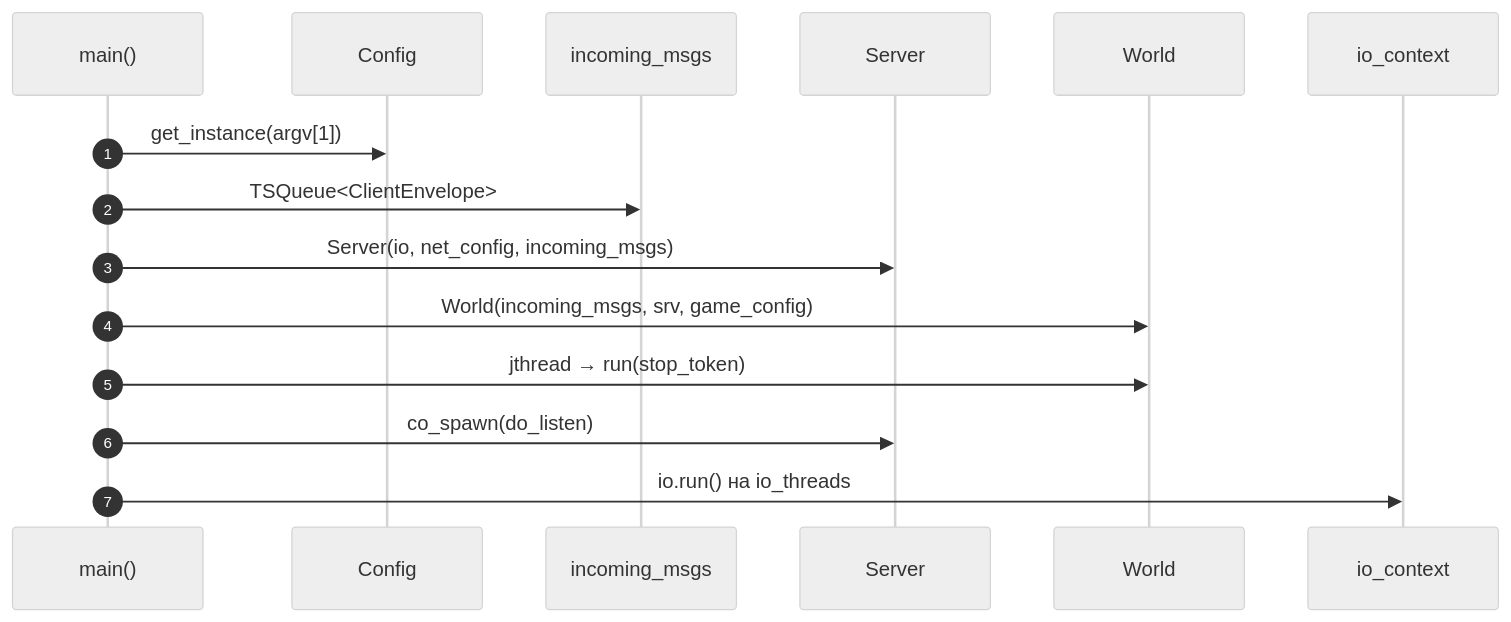
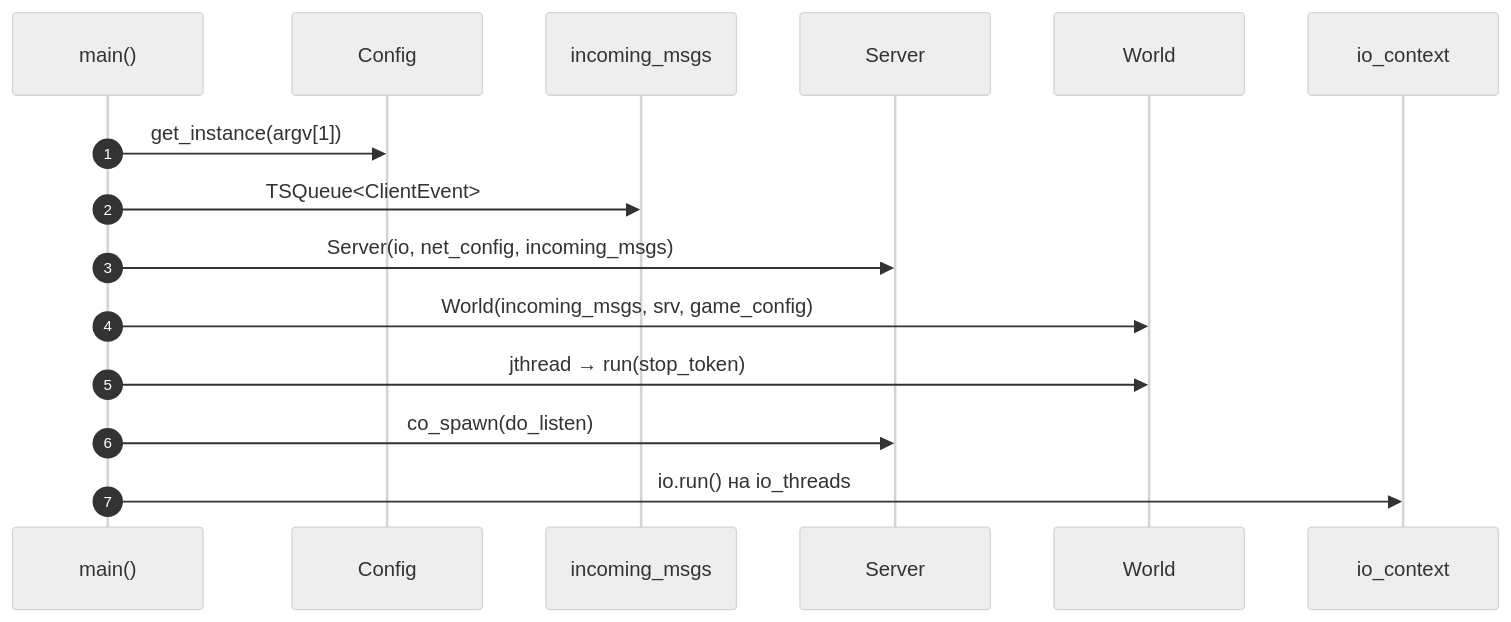
The first of 5 diagrams in server/docs/sequence-diagram.md (litcxx/Game), drawn with Mermaid (neutral theme) before and after one commit. The commit also changed other lines of this file and 14 other files, not shown here.

````diff
--- a/server/docs/sequence-diagram.md
+++ b/server/docs/sequence-diagram.md
@@ -25,18 +25,18 @@
 ```mermaid
 sequenceDiagram
     autonumber
     participant main as main()
     participant cfg as Config
     participant q as incoming_msgs
     participant srv as Server
     participant world as World
     participant io as io_context
 
     main->>cfg: get_instance(argv[1])
-    main->>q: TSQueue#lt;ClientEnvelope#gt;
+    main->>q: TSQueue#lt;ClientEvent#gt;
     main->>srv: Server(io, net_config, incoming_msgs)
     main->>world: World(incoming_msgs, srv, game_config)
     main->>world: jthread → run(stop_token)
     main->>srv: co_spawn(do_listen)
     main->>io: io.run() на io_threads
 ```
````
